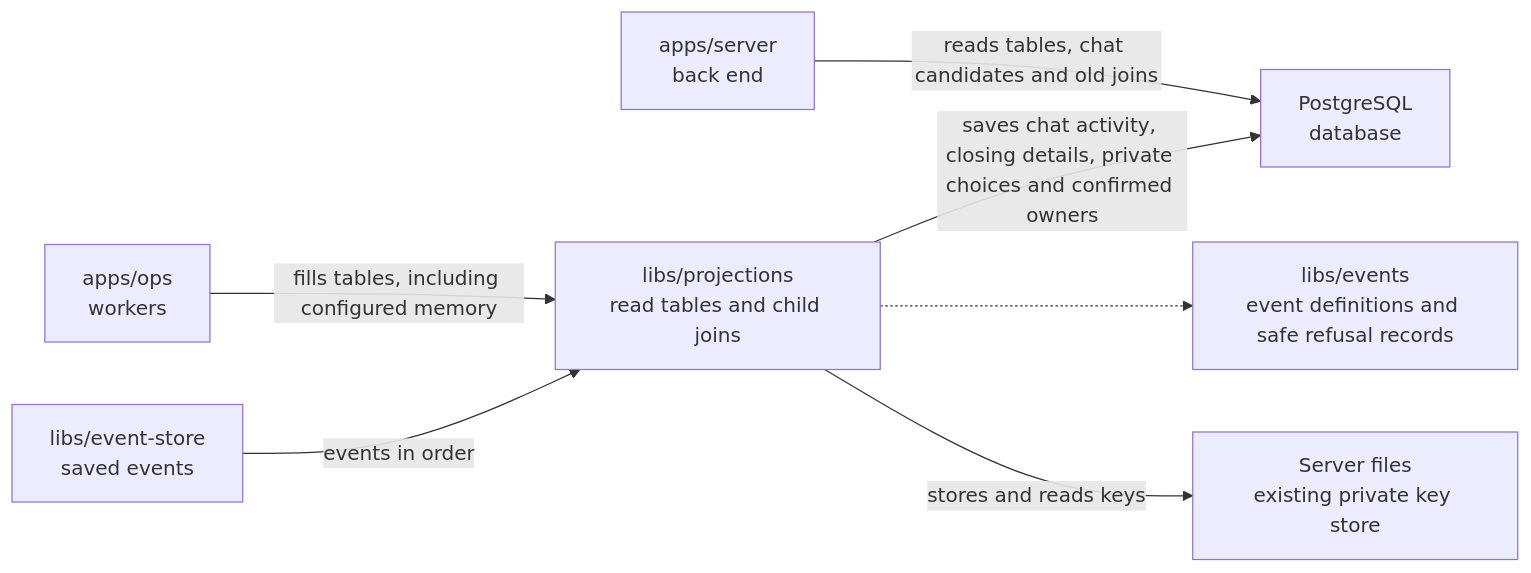
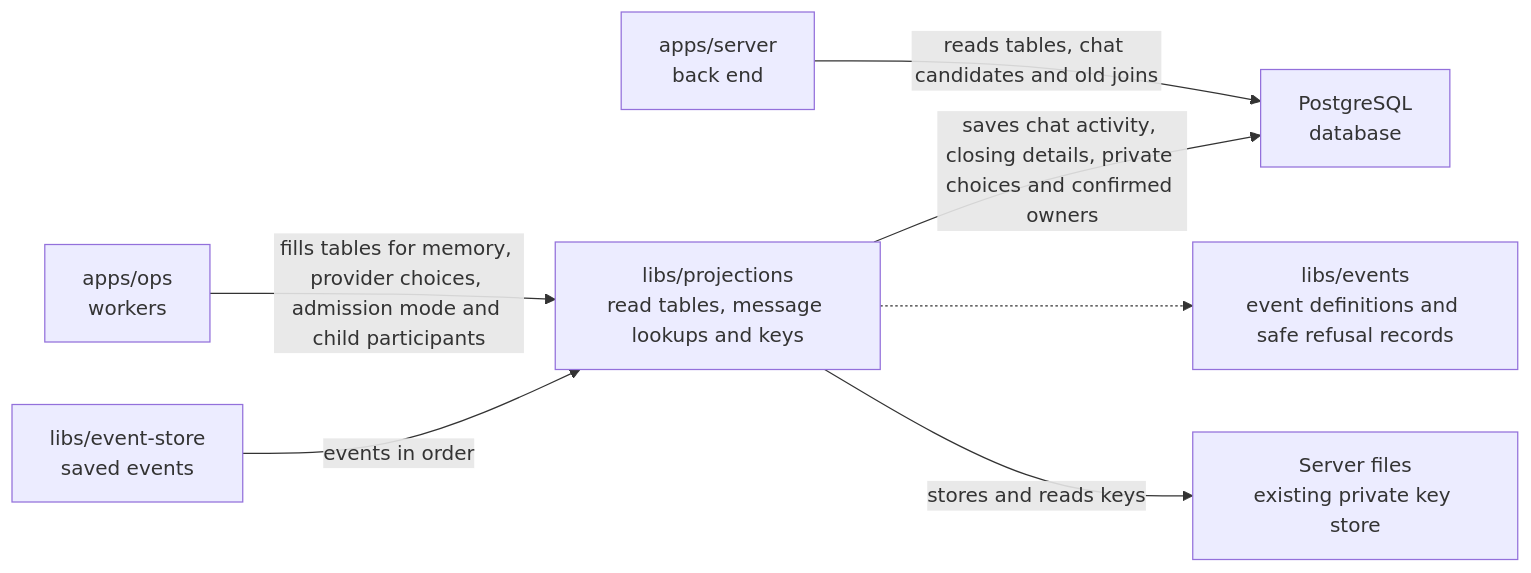
One commit to elewa-git/opencrane-new changed the diagram in libs/projections/README.md. Above: the diagram before and after it, drawn with Mermaid. The commit also changed other lines of this file and 21 other files, not shown here.

Commit message:
🧭 Record saved provider choices when new turns start after switch-on

````diff
--- a/libs/projections/README.md
+++ b/libs/projections/README.md
@@ -23,9 +23,9 @@
 ```mermaid
 flowchart LR
-  ops["apps/ops<br/>workers"] -->|fills tables, including configured memory| projections["libs/projections<br/>read tables and child joins"]
+  ops["apps/ops<br/>workers"] -->|fills tables for memory, provider choices, admission mode and child participants| projections["libs/projections<br/>read tables, message lookups and keys"]
   server["apps/server<br/>back end"] -->|reads tables, chat candidates and old joins| pg["PostgreSQL<br/>database"]
   projections -->|saves chat activity, closing details, private choices and confirmed owners| pg
   store["libs/event-store<br/>saved events"] -->|events in order| projections
   projections -.-> events["libs/events<br/>event definitions and safe refusal records"]
   projections -->|stores and reads keys| keys["Server files<br/>existing private key store"]
 ```
````
